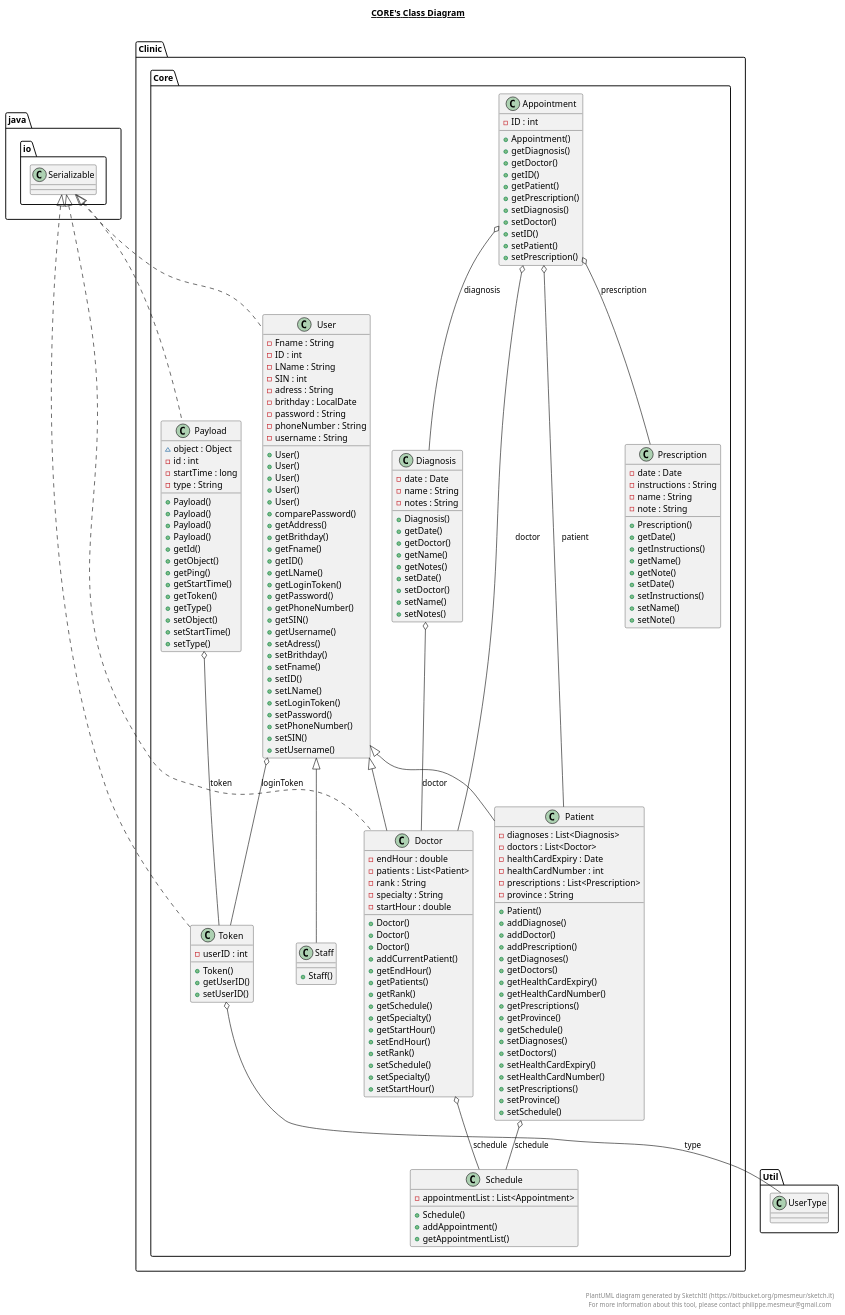
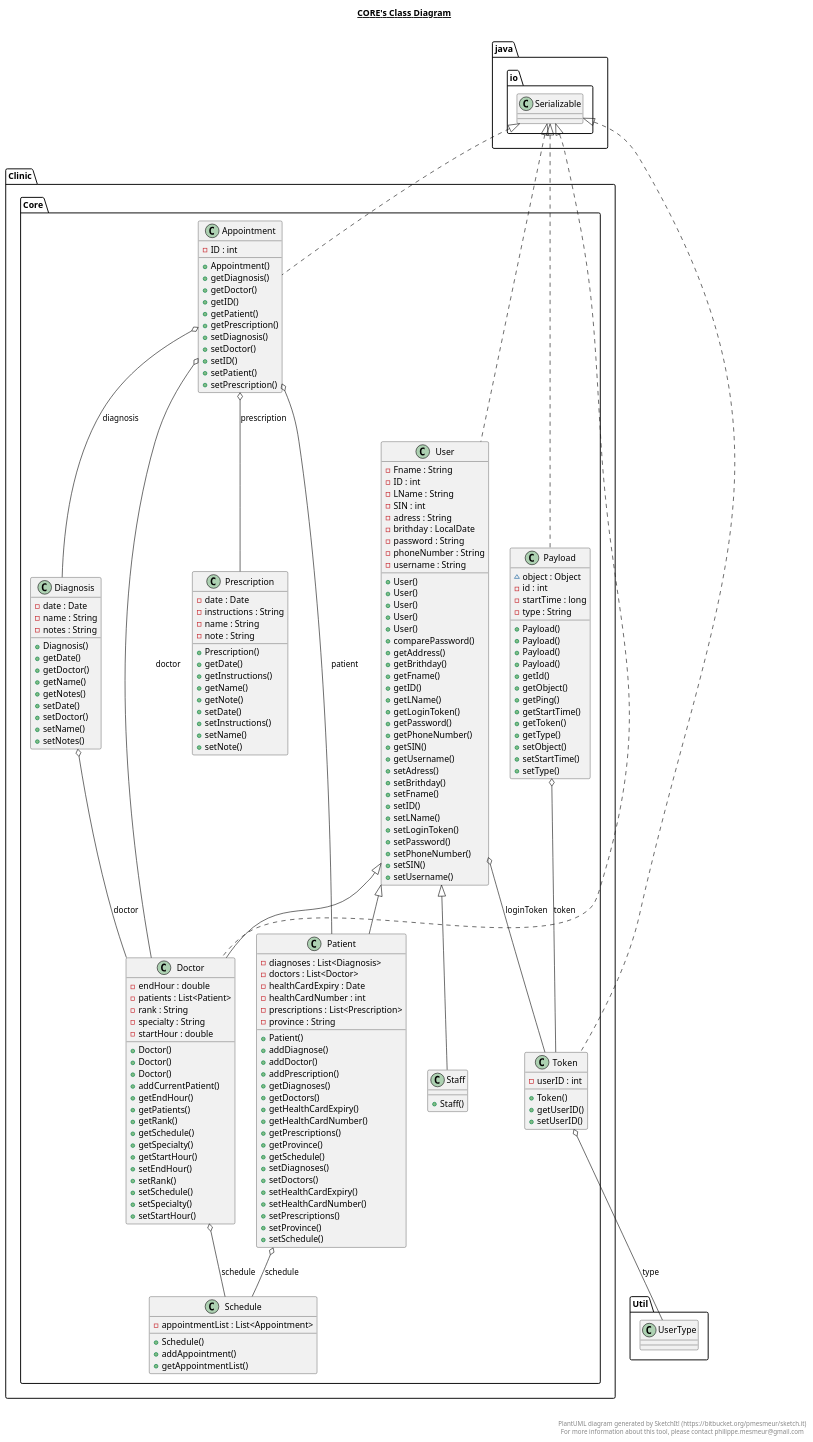
One commit to AidanJohnston/Omar changed the diagram in src/Clinic/Core/Core.puml. Above: the diagram before and after it, drawn with PlantUML. The commit also changed 6 other files, not shown here.

```diff
--- a/src/Clinic/Core/Core.puml
+++ b/src/Clinic/Core/Core.puml
@@ -204,6 +204,7 @@
   }
   
 
+  Clinic.Core.Appointment .up.|> java.io.Serializable
   Clinic.Core.Appointment o-- Clinic.Core.Diagnosis : diagnosis
   Clinic.Core.Appointment o-- Clinic.Core.Doctor : doctor
   Clinic.Core.Appointment o-- Clinic.Core.Patient : patient
```
